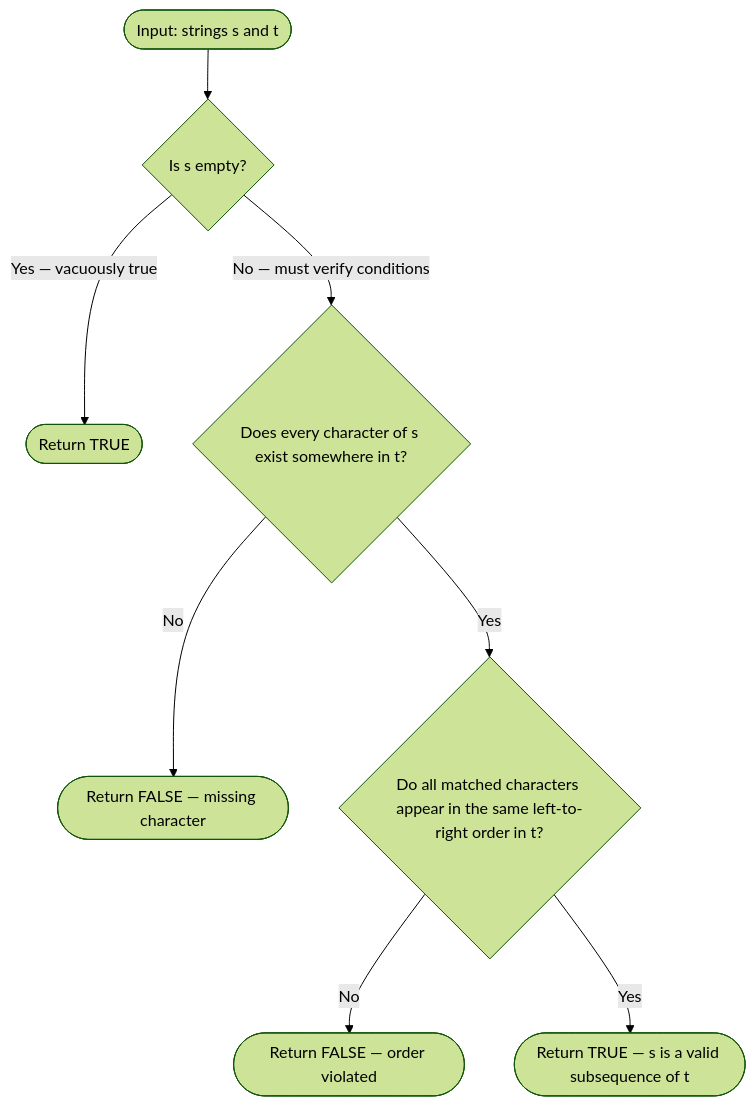
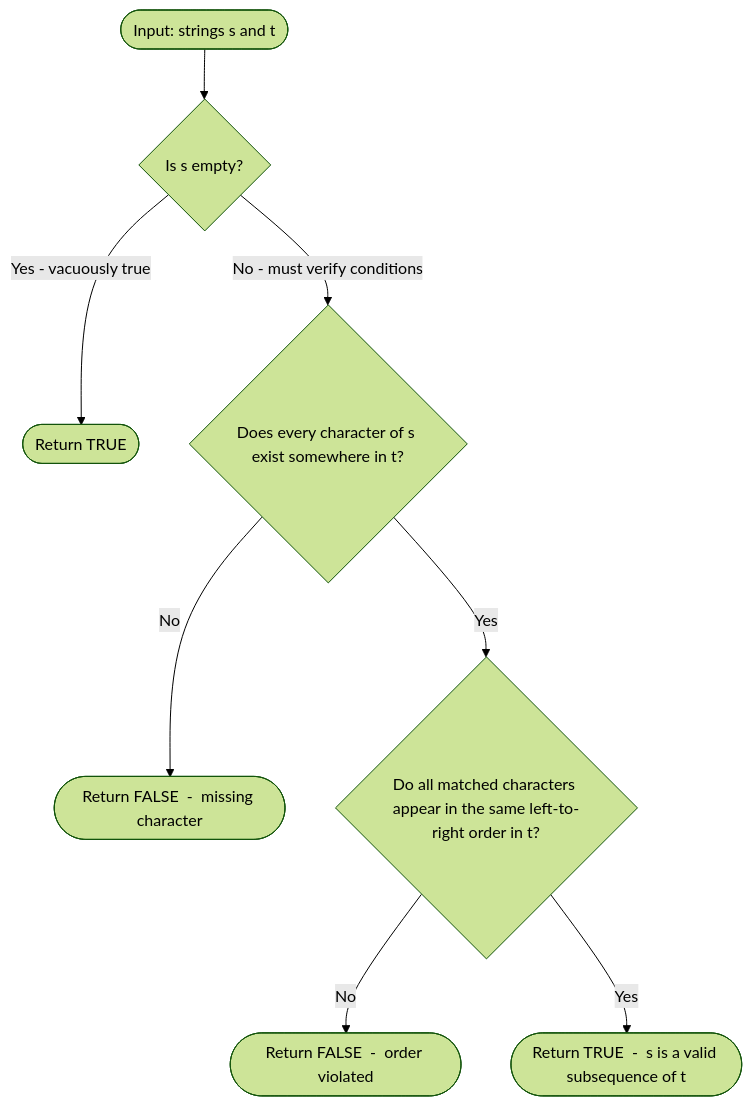
The first of 10 diagrams in 06 - Is Subsequence/README.md (M-F-Tushar/LeetCode-Problem-Solving), drawn with Mermaid (forest theme) before and after one commit. The commit also changed other lines of this file and 6 other files, not shown here.

Commit message:
fix diagram rendering

````diff
--- a/06 - Is Subsequence/README.md
+++ b/06 - Is Subsequence/README.md
@@ -23,11 +23,11 @@
 ```mermaid
 flowchart TD
     INPUT(["Input: strings s and t"]) --> EMPTY{"Is s empty?"}
-    EMPTY -->|"Yes — vacuously true"| AUTO(["Return TRUE"])
-    EMPTY -->|"No — must verify conditions"| Q1{"Does every character of s exist somewhere in t?"}
-    Q1 -->|"No"| FAILC(["Return FALSE — missing character"])
+    EMPTY -->|"Yes  -  vacuously true"| AUTO(["Return TRUE"])
+    EMPTY -->|"No  -  must verify conditions"| Q1{"Does every character of s exist somewhere in t?"}
+    Q1 -->|"No"| FAILC(["Return FALSE  -  missing character"])
     Q1 -->|"Yes"| Q2{"Do all matched characters appear in the same left-to-right order in t?"}
-    Q2 -->|"No"| FAILO(["Return FALSE — order violated"])
-    Q2 -->|"Yes"| PASS(["Return TRUE — s is a valid subsequence of t"])
+    Q2 -->|"No"| FAILO(["Return FALSE  -  order violated"])
+    Q2 -->|"Yes"| PASS(["Return TRUE  -  s is a valid subsequence of t"])
 
 ```
````
